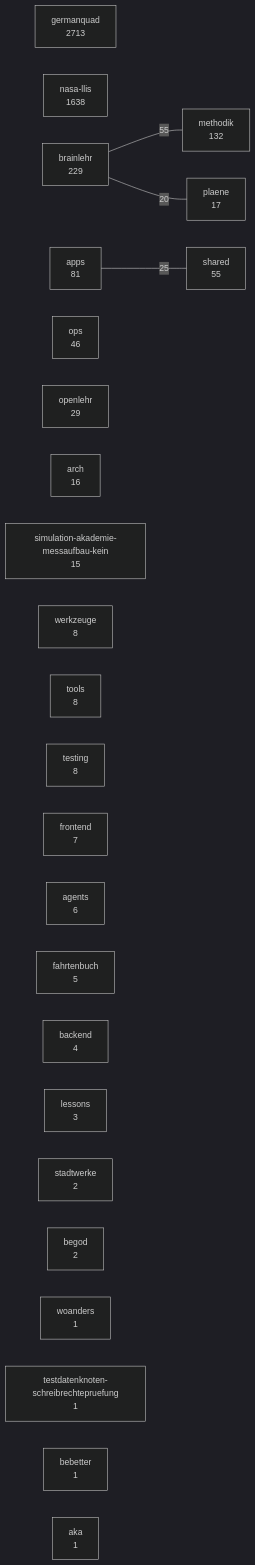
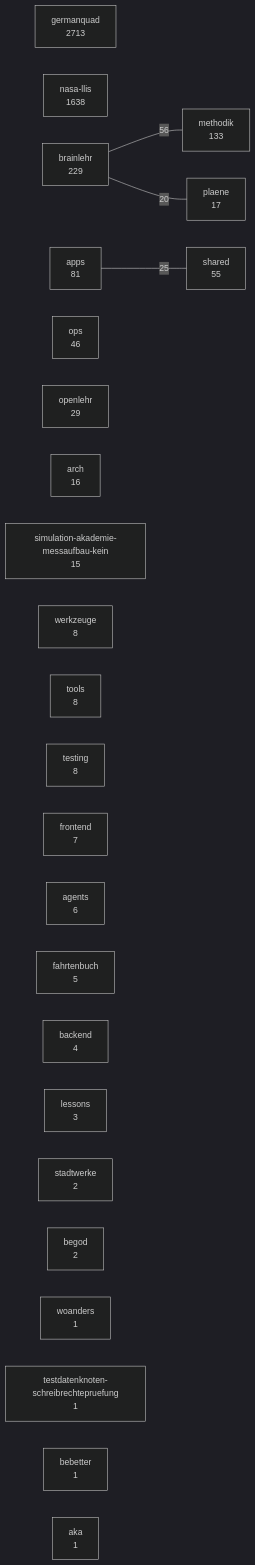
One commit to 3lehr/brainlehr changed the diagram in docs/karten/bestand.md. Above: the diagram before and after it, drawn with Mermaid (dark theme). The commit also changed 3 other files, not shown here.

````diff
--- a/docs/karten/bestand.md
+++ b/docs/karten/bestand.md
@@ -5,31 +5,31 @@
 ```mermaid
 graph LR
   germanquad["germanquad<br/>2713"]
   nasa_llis["nasa-llis<br/>1638"]
   brainlehr["brainlehr<br/>229"]
-  methodik["methodik<br/>132"]
+  methodik["methodik<br/>133"]
   apps["apps<br/>81"]
   shared["shared<br/>55"]
   ops["ops<br/>46"]
   openlehr["openlehr<br/>29"]
   plaene["plaene<br/>17"]
   arch["arch<br/>16"]
   simulation_akademie_messaufbau_kein["simulation-akademie-messaufbau-kein<br/>15"]
   werkzeuge["werkzeuge<br/>8"]
   tools["tools<br/>8"]
   testing["testing<br/>8"]
   frontend["frontend<br/>7"]
   agents["agents<br/>6"]
   fahrtenbuch["fahrtenbuch<br/>5"]
   backend["backend<br/>4"]
   lessons["lessons<br/>3"]
   stadtwerke["stadtwerke<br/>2"]
   begod["begod<br/>2"]
   woanders["woanders<br/>1"]
   testdatenknoten_schreibrechtepruefung["testdatenknoten-schreibrechtepruefung<br/>1"]
   bebetter["bebetter<br/>1"]
   aka["aka<br/>1"]
-  brainlehr ---|55| methodik
+  brainlehr ---|56| methodik
   apps ---|25| shared
   brainlehr ---|20| plaene
 ```
````
